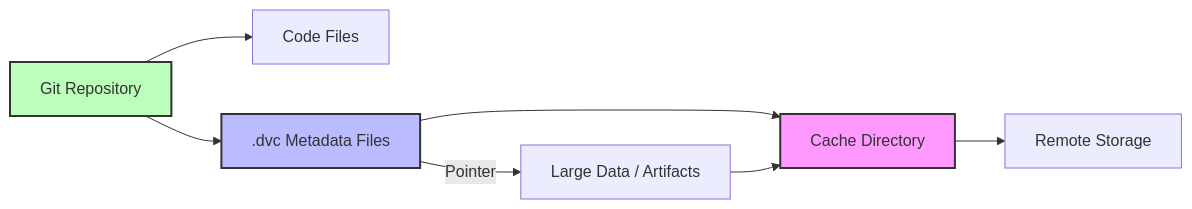
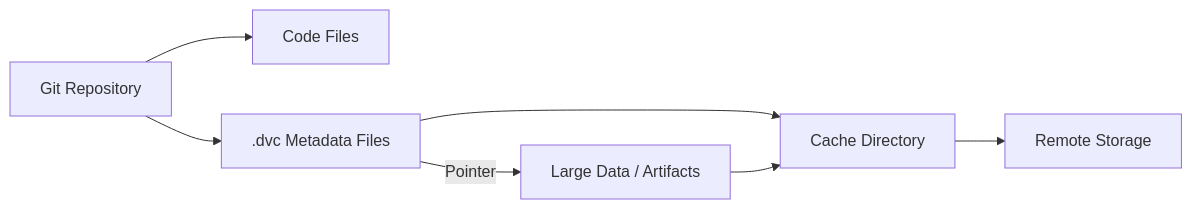
One commit to fabhiansan/logging_experiment changed the diagram in Experiment_Tracking/DVC.md. Above: the diagram before and after it, drawn with Mermaid. The commit also changed 1 other file, not shown here.

Commit message:
fix(mermaid): adjust DVC diagram for renderer compatibility

````diff
--- a/Experiment_Tracking/DVC.md
+++ b/Experiment_Tracking/DVC.md
@@ -13,12 +13,10 @@
 ```mermaid
 graph LR
     A[Git Repository] --> B[Code Files]
     A --> C[.dvc Metadata Files]
     C --> D[Cache Directory]
     D --> E[Remote Storage]
     C -->|Pointer| F[Large Data / Artifacts]
     F --> D
-    style D fill:#f9f,stroke:#333,stroke-width:2
-    style C fill:#bbf,stroke:#333,stroke-width:2
-    style A fill:#bfb,stroke:#333,stroke-width:2
+
 ```
````
